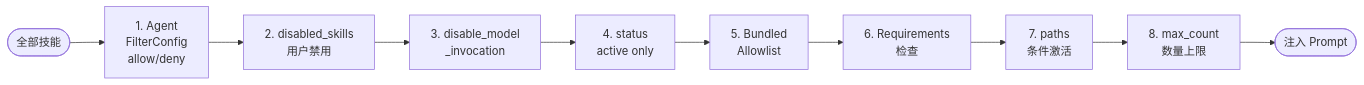
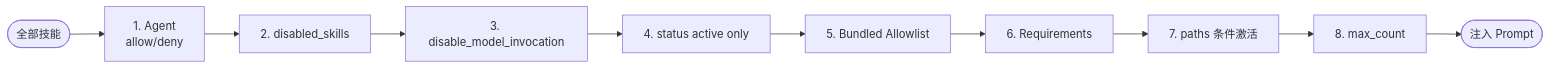
Before and after one commit to shiwenwen/hope-agent: diagram 11 of 19 in docs/architecture/skill-system.md, drawn with Mermaid. The commit also changed other lines of this file, not shown here.

````diff
--- a/docs/architecture/skill-system.md
+++ b/docs/architecture/skill-system.md
@@ -964,13 +865,12 @@
 ```mermaid
 flowchart LR
-    ALL(["全部技能"]) --> F0["1. Agent<br/>FilterConfig<br/>allow/deny"]
-    F0 --> F1["2. disabled_skills<br/>用户禁用"]
-    F1 --> F2["3. disable_model<br/>_invocation"]
-    F2 --> F3["4. status<br/>active only"]
-    F3 --> F4["5. Bundled<br/>Allowlist"]
-    F4 --> F5["6. Requirements<br/>检查"]
-    F5 --> F55["7. paths<br/>条件激活"]
-    F55 --> F6["8. max_count<br/>数量上限"]
-    F6 --> OUT(["注入 Prompt"])
-
+    ALL(["全部技能"]) --> F1["1. Agent<br/>allow/deny"]
+    F1 --> F2["2. disabled_skills"]
+    F2 --> F3["3. disable_model_invocation"]
+    F3 --> F4["4. status active only"]
+    F4 --> F5["5. Bundled Allowlist"]
+    F5 --> F6["6. Requirements"]
+    F6 --> F7["7. paths 条件激活"]
+    F7 --> F8["8. max_count"]
+    F8 --> OUT(["注入 Prompt"])
 ```
````
